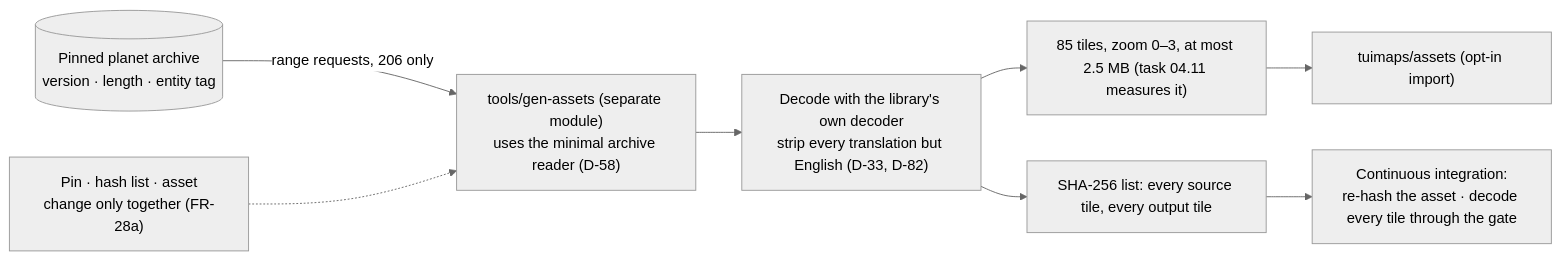
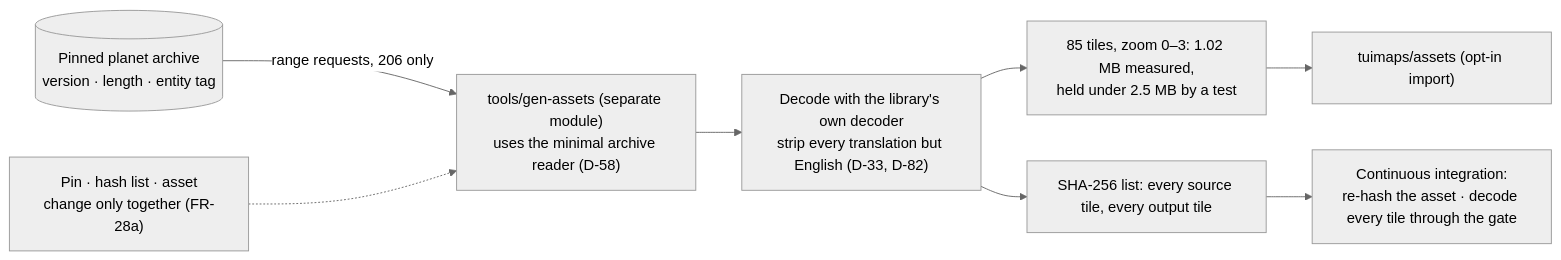
The third of 3 diagrams in 06_docs/02_features/go-tuimaps/03-architecture-design/L2-tiles.md (branden-thompson/go-tuimaps), drawn with Mermaid (neutral theme) before and after one commit. The commit also changed other lines of this file and 111 other files, not shown here.

````diff
--- a/06_docs/02_features/go-tuimaps/03-architecture-design/L2-tiles.md
+++ b/06_docs/02_features/go-tuimaps/03-architecture-design/L2-tiles.md
@@ -75,10 +75,10 @@
 ```mermaid
 flowchart LR
     PLANET[("Pinned planet archive<br/>version · length · entity tag")] -- "range requests, 206 only" --> GEN["tools/gen-assets (separate module)<br/>uses the minimal archive reader (D-58)"]
     GEN --> STRIP["Decode with the library's own decoder<br/>strip every translation but English (D-33, D-82)"]
-    STRIP --> OUT1["85 tiles, zoom 0–3, at most 2.5 MB (task 04.11 measures it)"]
+    STRIP --> OUT1["85 tiles, zoom 0–3: 1.02 MB measured,<br/>held under 2.5 MB by a test"]
     STRIP --> HASH["SHA-256 list: every source tile, every output tile"]
     OUT1 --> PKG["tuimaps/assets (opt-in import)"]
     HASH --> CI["Continuous integration:<br/>re-hash the asset · decode every tile through the gate"]
     PIN["Pin · hash list · asset<br/>change only together (FR-28a)"] -.-> GEN
 ```
````
